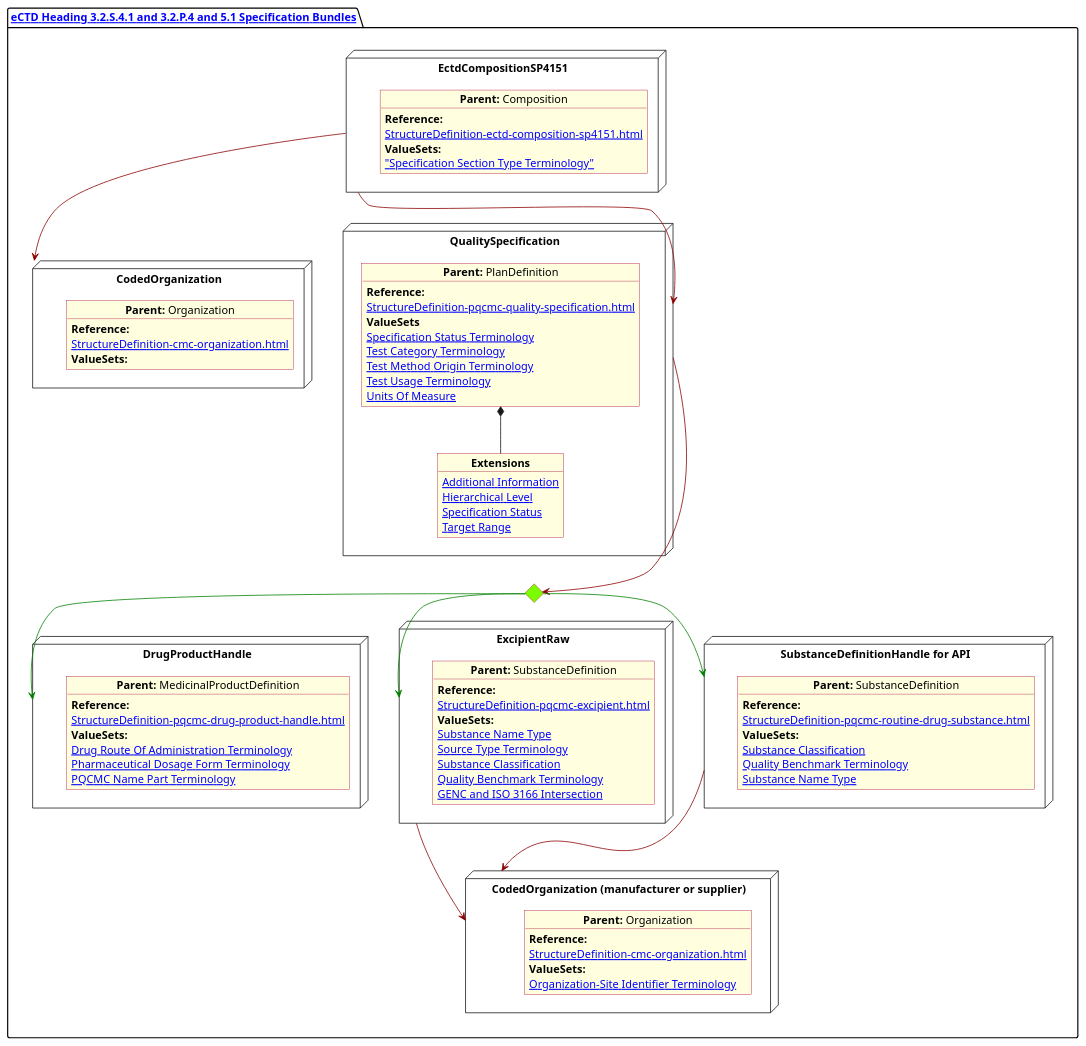
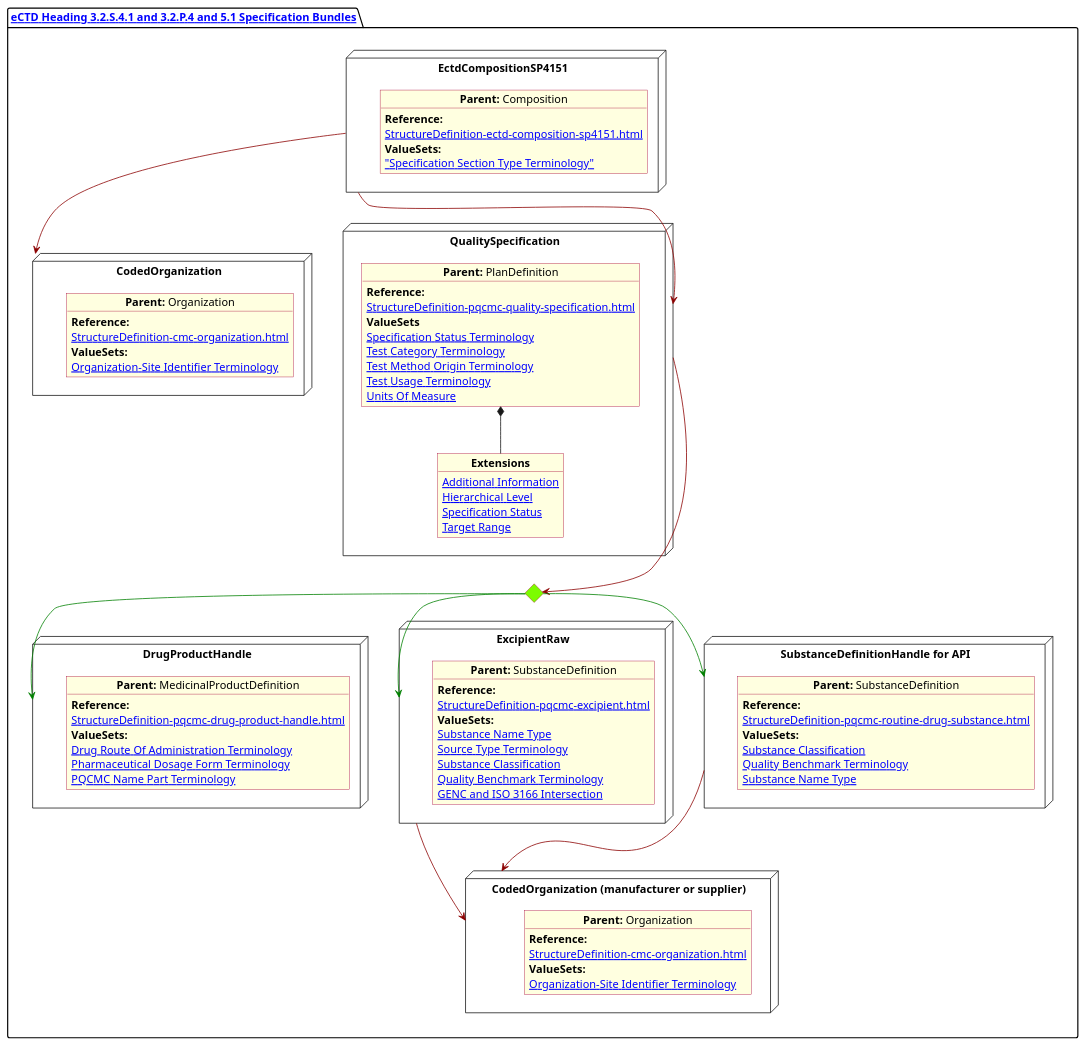
One commit to HL7/FHIR-us-pq-cmc-fda changed the diagram in input/images-source/Specification.plantuml. Above: the diagram before and after it, drawn with PlantUML.

Commit message:
added value set to specifiation diagram

```diff
--- a/input/images-source/Specification.plantuml
+++ b/input/images-source/Specification.plantuml
@@ -1,111 +1,112 @@
 @startuml Specification
 allowmixing
 'Mixed model of use case and object
 skinparam svgDimensionStyle false
 skinparam ObjectBackgroundColor LightYellow
 skinparam ObjectBorderColor #A80036
 skinparam activityDiamondBorderColor #A80036
 skinparam activityDiamondBackgroundColor lawnGreen
 skinparam ClassBorderThickness 4
 
 package "[[StructureDefinition-cmc-ectd-document-sp4151.html eCTD Heading 3.2.S.4.1 and 3.2.P.4 and 5.1 Specification Bundles]]" as NODES {
 
   node "CodedOrganization" as NMSpon {
 
     object "**Parent:** Organization" as objDP {
       **Reference:**
       [[StructureDefinition-cmc-organization.html]]
       **ValueSets:**
+      [[ValueSet-pqcmc-org-identifier-type-terminology.html Organization-Site Identifier Terminology]]
     }
   }
   node "DrugProductHandle" as NN {
 
     object "**Parent:** MedicinalProductDefinition" as obj3 {
       **Reference:**
       [[StructureDefinition-pqcmc-drug-product-handle.html]]
       **ValueSets:**
       [[ValueSet-spl-drug-route-of-administration-terminology.html Drug Route Of Administration Terminology]]
       [[ValueSet-spl-pharmaceutical-dosage-form-terminology.html Pharmaceutical Dosage Form Terminology]]
       [[ValueSet-pqcmc-name-part-terminology.html PQCMC Name Part Terminology]]
     }
   }
   node "ExcipientRaw" as N21 {
 
     object "**Parent:** SubstanceDefinition" as obj22 {
       **Reference:**
       [[StructureDefinition-pqcmc-excipient.html]]
       **ValueSets:**
       [[ValueSet-pqcmc-substance-name-type.html Substance Name Type]]
       [[ValueSet-pqcmc-source-type-terminology.html Source Type Terminology]]
       [[ValueSet-substance-classification.html Substance Classification]]
       [[ValueSet-pqcmc-quality-benchmark-terminology.html Quality Benchmark Terminology]]
       [[ValueSet-pqcmc-genc-and-iso-intersect.html GENC and ISO 3166 Intersection]]
     }
   }
     node "EctdCompositionSP4151" as N1 {
 
       object "**Parent:** Composition" as obj1 {
         **Reference:**
         [[StructureDefinition-ectd-composition-sp4151.html]]
         **ValueSets:**
         [[ValueSet-cmc-specification-types-vs.html "Specification Section Type Terminology"]]
       }
     }
 
     node "SubstanceDefinitionHandle for API" as NNS {
 
       object "**Parent:** SubstanceDefinition" as obj4 {
         **Reference:**
         [[StructureDefinition-pqcmc-routine-drug-substance.html]]
         **ValueSets:**
         [[ValueSet-substance-classification.html Substance Classification]]
         [[ValueSet-pqcmc-quality-benchmark-terminology.html Quality Benchmark Terminology]]
         [[ValueSet-pqcmc-substance-name-type.html Substance Name Type]]
 
       }
     }
 
     diamond CH
 
     node "QualitySpecification" as N2 {
 
       object "**Parent:** PlanDefinition" as obj2 {
         **Reference:**
         [[StructureDefinition-pqcmc-quality-specification.html]]
         **ValueSets**
         [[ValueSet-pqcmc-specification-status-terminology.html Specification Status Terminology]]
         [[ValueSet-pqcmc-test-category-terminology.html Test Category Terminology]]
         [[ValueSet-pqcmc-test-method-origin-terminology.html Test Method Origin Terminology]]
         [[ValueSet-pqcmc-test-usage-terminology.html Test Usage Terminology]]
         [[ValueSet-pqcmc-units-of-measure.html Units Of Measure]]
 
       }
       object "**Extensions**" as objQSEx {
         [[StructureDefinition-pq-additional-info-extension.html Additional Information]]
         [[StructureDefinition-pq-hierarchical-level-extension.html Hierarchical Level]]
         [[StructureDefinition-pq-specification-status-extension.html Specification Status]]
         [[StructureDefinition-pq-target-range.html Target Range]]
       }
       obj2 *-- objQSEx
     }
 
     node "CodedOrganization (manufacturer or supplier)" as NMSpon2 {
 
       object "**Parent:** Organization" as objDP2 {
         **Reference:**
         [[StructureDefinition-cmc-organization.html]]
         **ValueSets:**
         [[ValueSet-pqcmc-org-identifier-type-terminology.html Organization-Site Identifier Terminology]]
       }
     }
     N1 -[#darkred]-> N2
     N1 -[#darkred]-> NMSpon
 
     N2 -[#darkred]--> CH
     CH -[#green]-> N21
     CH -[#green]-> NNS
     CH -[#green]-> NN
     NNS -[#darkred]--> NMSpon2
     N21 -[#darkred]--> NMSpon2
   }
   @enduml
```
